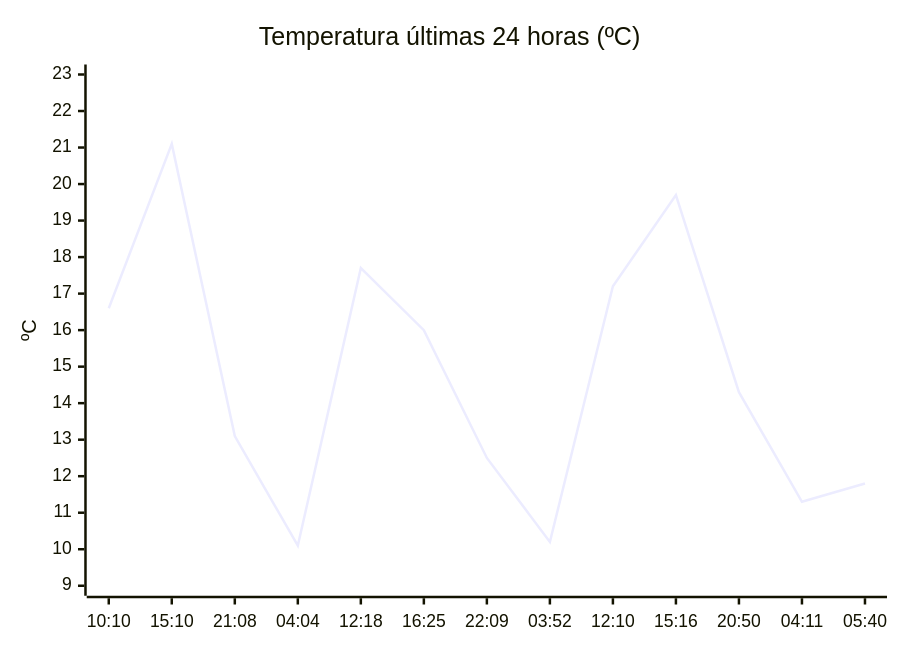
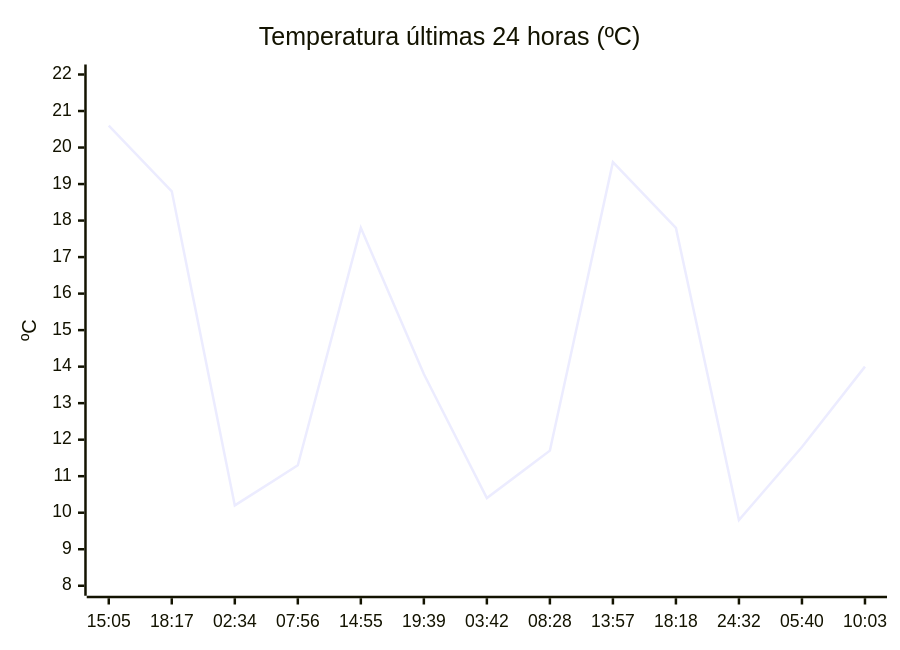
The diagram in README.md (solidsnk86/rem-scrap), drawn with Mermaid before and after one commit. The commit also changed other lines of this file, not shown here.

````diff
--- a/README.md
+++ b/README.md
@@ -28,7 +32,7 @@
 ```mermaid
 xychart-beta
     title "Temperatura últimas 24 horas (ºC)"
-    x-axis ["10:10", "15:10", "21:08", "04:04", "12:18", "16:25", "22:09", "03:52", "12:10", "15:16", "20:50", "04:11", "05:40"]
-    y-axis "ºC" 9 --> 23
-    line [16.6, 21.1, 13.1, 10.1, 17.7, 16, 12.5, 10.2, 17.2, 19.7, 14.3, 11.3, 11.8]
+    x-axis ["15:05", "18:17", "02:34", "07:56", "14:55", "19:39", "03:42", "08:28", "13:57", "18:18", "24:32", "05:40", "10:03"]
+    y-axis "ºC" 8 --> 22
+    line [20.6, 18.8, 10.2, 11.3, 17.8, 13.8, 10.4, 11.7, 19.6, 17.8, 9.8, 11.8, 14]
 ```
````
